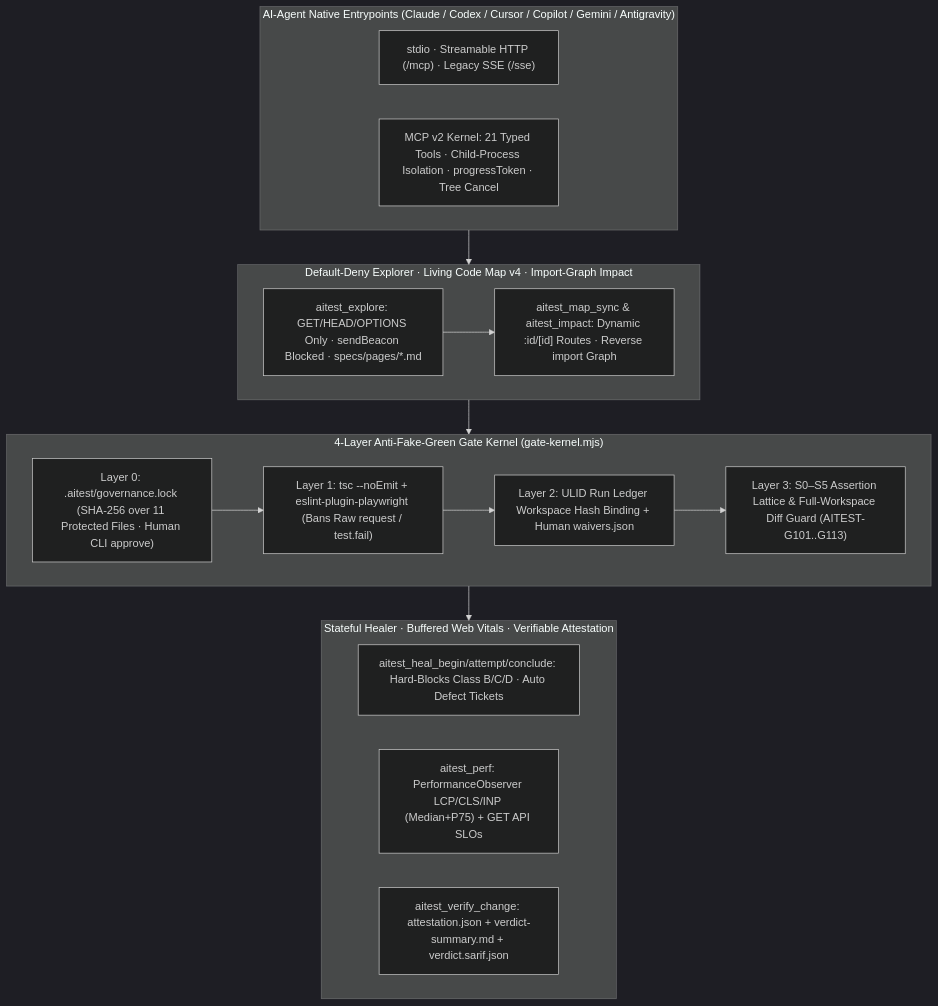
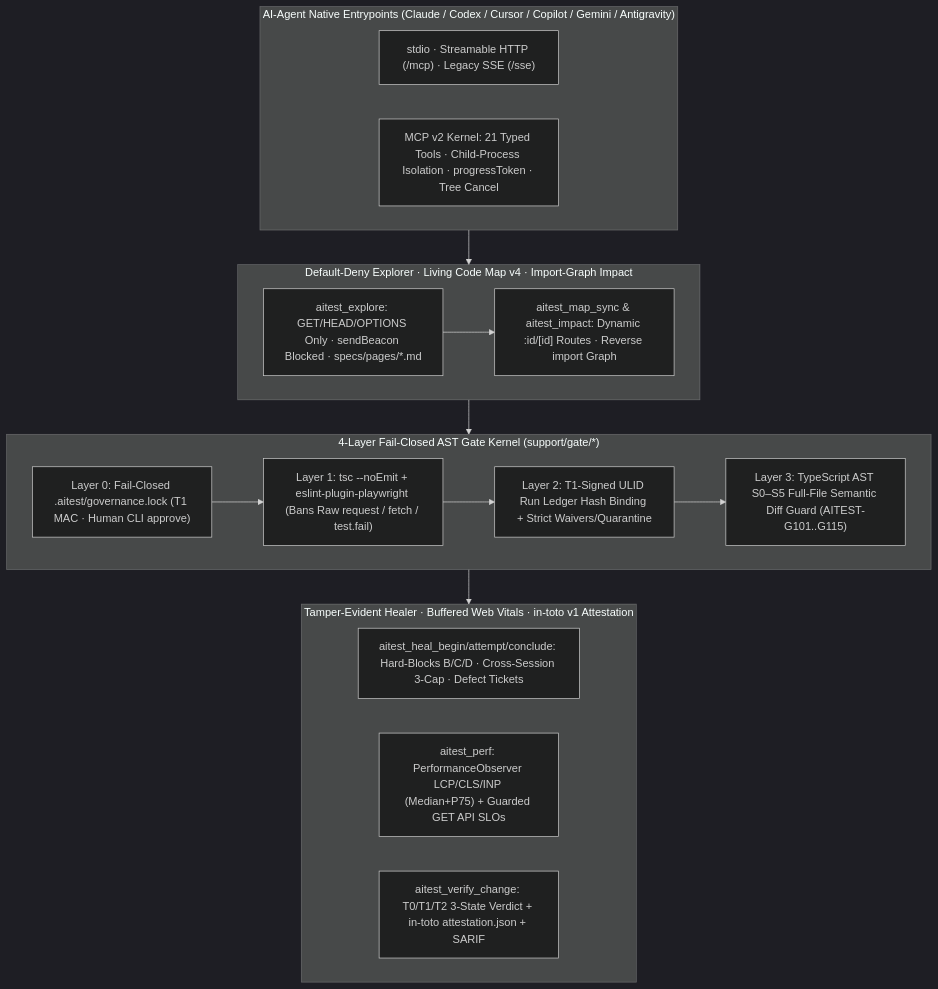
One commit to seaworld008/ai-test-workbench changed the diagram in README.en.md. Above: the diagram before and after it, drawn with Mermaid (dark theme). The commit also changed other lines of this file and 71 other files, not shown here.

Commit message:
refactor(kernel): modular AST gate, T1 MAC, evidence triage & hardened MCP server

````diff
--- a/README.en.md
+++ b/README.en.md
@@ -44,29 +46,29 @@
 ```mermaid
 flowchart TB
     subgraph AGENT["AI-Agent Native Entrypoints (Claude / Codex / Cursor / Copilot / Gemini / Antigravity)"]
         A1["stdio · Streamable HTTP (/mcp) · Legacy SSE (/sse)"]
         A2["MCP v2 Kernel: 21 Typed Tools · Child-Process Isolation · progressToken · Tree Cancel"]
     end
 
     subgraph BRAIN["Default-Deny Explorer · Living Code Map v4 · Import-Graph Impact"]
         K1["aitest_explore: GET/HEAD/OPTIONS Only · sendBeacon Blocked · specs/pages/*.md"]
         K2["aitest_map_sync & aitest_impact: Dynamic :id/[id] Routes · Reverse import Graph"]
         K1 --> K2
     end
 
-    subgraph KERNEL["4-Layer Anti-Fake-Green Gate Kernel (gate-kernel.mjs)"]
-        G0["Layer 0: .aitest/governance.lock (SHA-256 over 11 Protected Files · Human CLI approve)"]
-        G1["Layer 1: tsc --noEmit + eslint-plugin-playwright (Bans Raw request / test.fail)"]
-        G2["Layer 2: ULID Run Ledger Workspace Hash Binding + Human waivers.json"]
-        G3["Layer 3: S0–S5 Assertion Lattice & Full-Workspace Diff Guard (AITEST-G101..G113)"]
+    subgraph KERNEL["4-Layer Fail-Closed AST Gate Kernel (support/gate/*)"]
+        G0["Layer 0: Fail-Closed .aitest/governance.lock (T1 MAC · Human CLI approve)"]
+        G1["Layer 1: tsc --noEmit + eslint-plugin-playwright (Bans Raw request / fetch / test.fail)"]
+        G2["Layer 2: T1-Signed ULID Run Ledger Hash Binding + Strict Waivers/Quarantine"]
+        G3["Layer 3: TypeScript AST S0–S5 Full-File Semantic Diff Guard (AITEST-G101..G115)"]
         G0 --> G1 --> G2 --> G3
     end
 
-    subgraph VERDICT["Stateful Healer · Buffered Web Vitals · Verifiable Attestation"]
-        V1["aitest_heal_begin/attempt/conclude: Hard-Blocks Class B/C/D · Auto Defect Tickets"]
-        V2["aitest_perf: PerformanceObserver LCP/CLS/INP (Median+P75) + GET API SLOs"]
-        V3["aitest_verify_change: attestation.json + verdict-summary.md + verdict.sarif.json"]
+    subgraph VERDICT["Tamper-Evident Healer · Buffered Web Vitals · in-toto v1 Attestation"]
+        V1["aitest_heal_begin/attempt/conclude: Hard-Blocks B/C/D · Cross-Session 3-Cap · Defect Tickets"]
+        V2["aitest_perf: PerformanceObserver LCP/CLS/INP (Median+P75) + Guarded GET API SLOs"]
+        V3["aitest_verify_change: T0/T1/T2 3-State Verdict + in-toto attestation.json + SARIF"]
     end
 
     AGENT --> BRAIN --> KERNEL --> VERDICT
 ```
````
